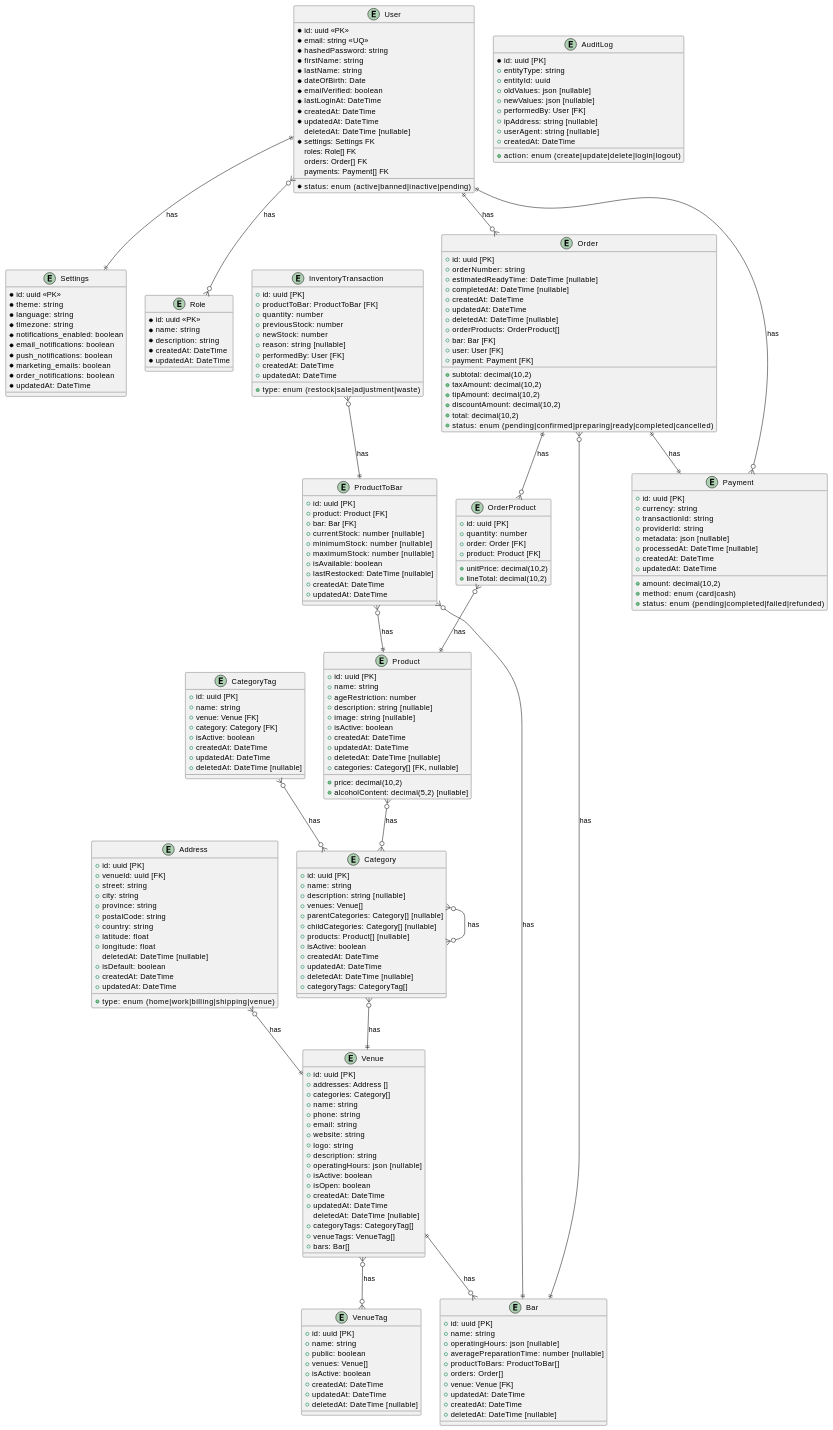
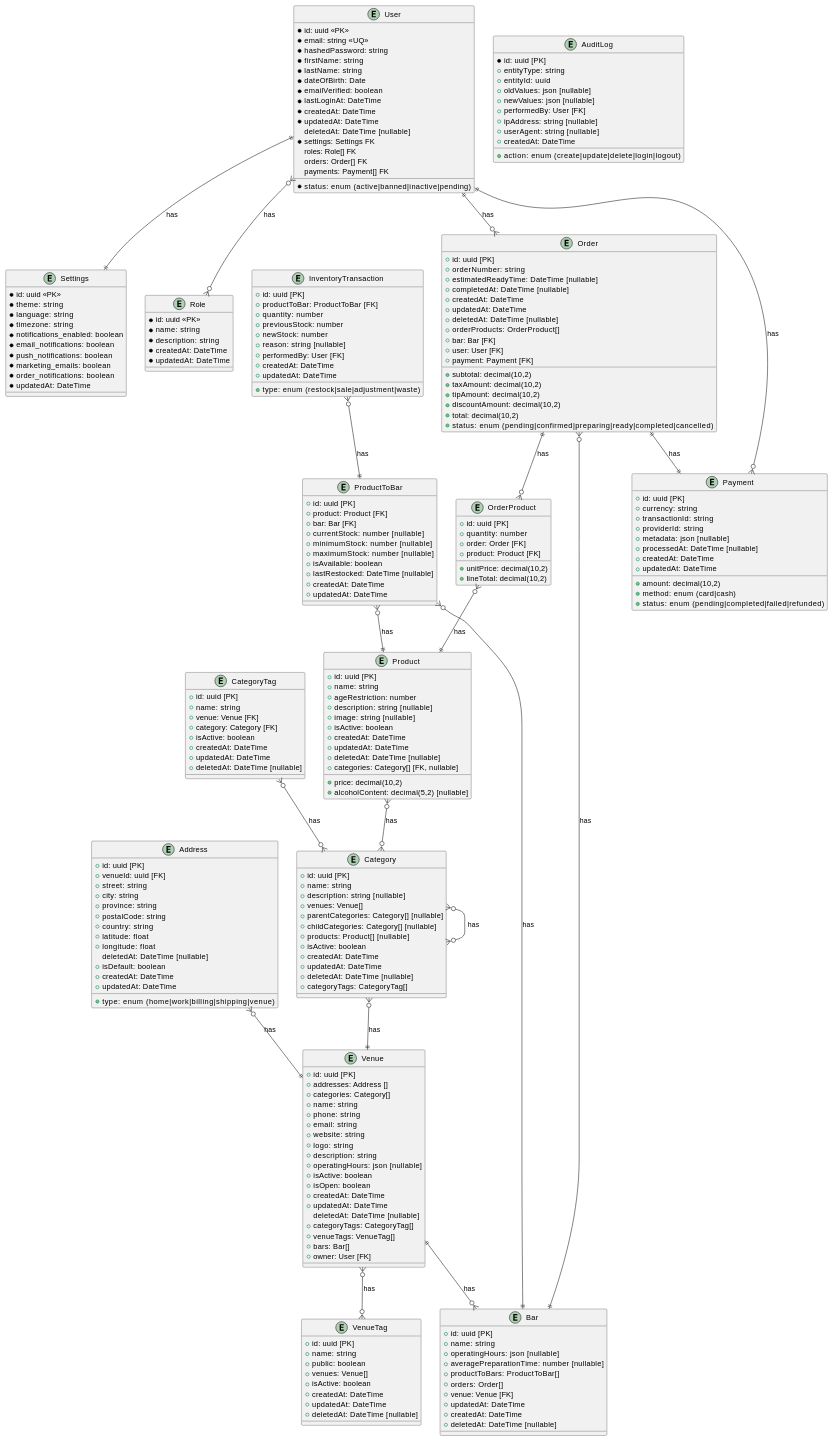
The diagram in notes/ERD.md (robinoosterik2/FastBar), drawn with PlantUML before and after one commit. The commit also changed 10 other files, not shown here.

```diff
--- a/notes/ERD.md
+++ b/notes/ERD.md
@@ -77,6 +77,7 @@
   + categoryTags: CategoryTag[]
   + venueTags: VenueTag[]
   + bars: Bar[]
+  + owner: User [FK]
 }
 
 entity ProductToBar {
```
